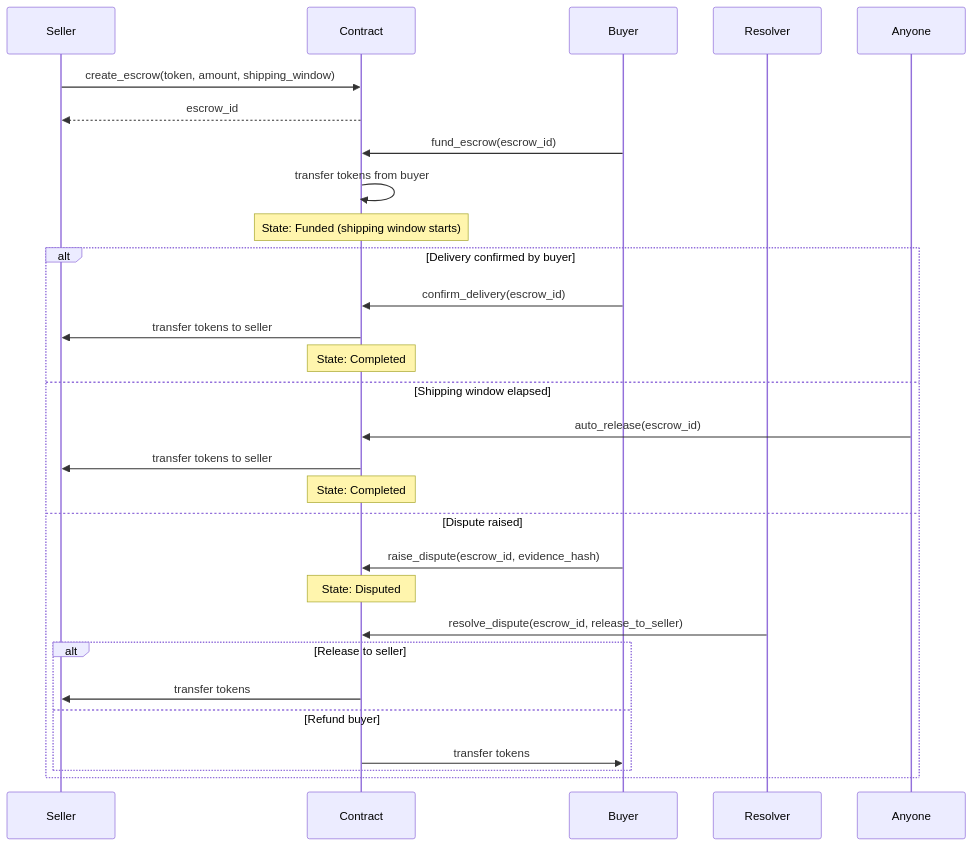
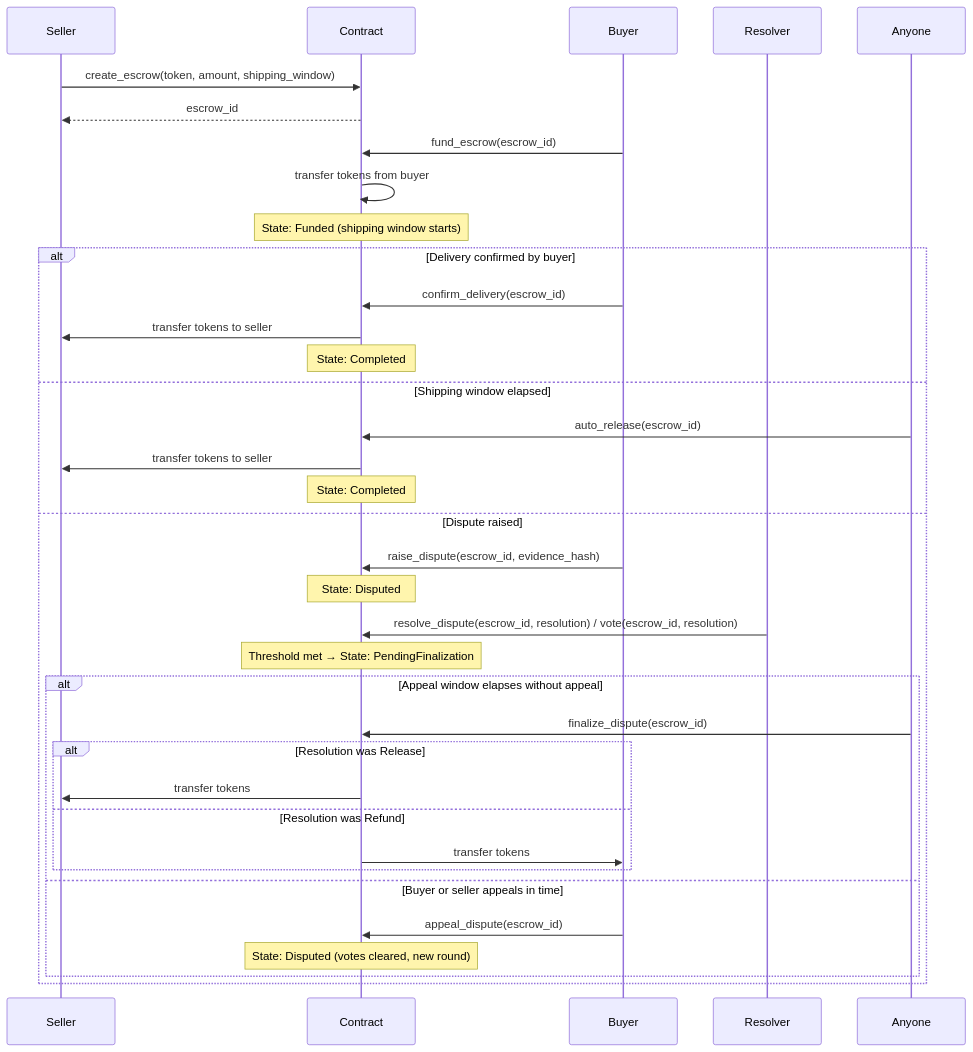
Before and after one commit to Asta-wizard/trust-link-contract: the second of 6 diagrams in ARCHITECTURE.md, drawn with Mermaid. The commit also changed other lines of this file and 21 other files, not shown here.

First line of the commit message:
chore: doc comments, architecture docs, module split, and debug-file cleanup (#627, #628, #629, #630) (#683)

````diff
--- a/ARCHITECTURE.md
+++ b/ARCHITECTURE.md
@@ -40,34 +44,41 @@
 ```mermaid
 sequenceDiagram
     participant S as Seller
     participant C as Contract
     participant B as Buyer
     participant R as Resolver
 
     S->>C: create_escrow(token, amount, shipping_window)
     C-->>S: escrow_id
 
     B->>C: fund_escrow(escrow_id)
     C->>C: transfer tokens from buyer
 
     Note over C: State: Funded (shipping window starts)
 
     alt Delivery confirmed by buyer
         B->>C: confirm_delivery(escrow_id)
         C->>S: transfer tokens to seller
         Note over C: State: Completed
     else Shipping window elapsed
         Anyone->>C: auto_release(escrow_id)
         C->>S: transfer tokens to seller
         Note over C: State: Completed
     else Dispute raised
         B->>C: raise_dispute(escrow_id, evidence_hash)
         Note over C: State: Disputed
-        R->>C: resolve_dispute(escrow_id, release_to_seller)
-        alt Release to seller
-            C->>S: transfer tokens
-        else Refund buyer
-            C->>B: transfer tokens
+        R->>C: resolve_dispute(escrow_id, resolution) / vote(escrow_id, resolution)
+        Note over C: Threshold met → State: PendingFinalization
+        alt Appeal window elapses without appeal
+            Anyone->>C: finalize_dispute(escrow_id)
+            alt Resolution was Release
+                C->>S: transfer tokens
+            else Resolution was Refund
+                C->>B: transfer tokens
+            end
+        else Buyer or seller appeals in time
+            B->>C: appeal_dispute(escrow_id)
+            Note over C: State: Disputed (votes cleared, new round)
         end
     end
 ```
````
